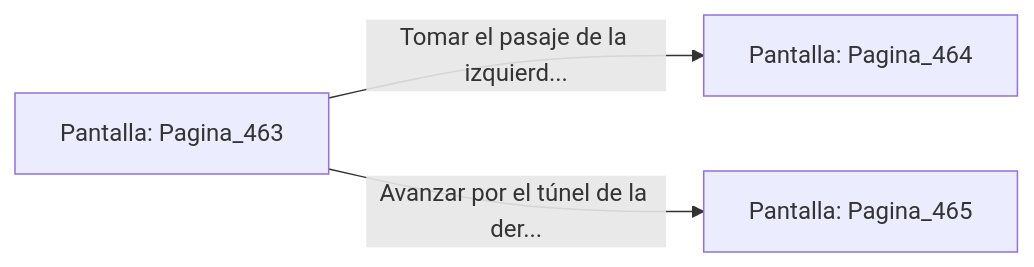
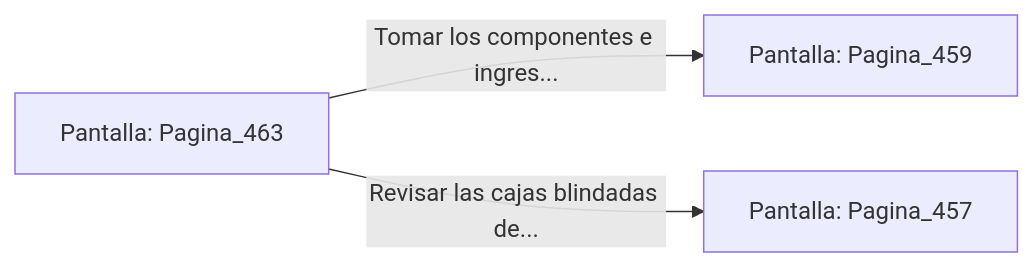
One commit to metsuke/mpl changed the diagram in sample/eligejuego-vault/Pantalla_Pagina_463.md. Above: the diagram before and after it, drawn with Mermaid. The commit also changed other lines of this file and 635 other files, not shown here.

First line of the commit message:
fix: añadir Pagina_1 como pantalla inicial en capitulo_01.mpl

````diff
--- a/sample/eligejuego-vault/Pantalla_Pagina_463.md
+++ b/sample/eligejuego-vault/Pantalla_Pagina_463.md
@@ -20,6 +24,6 @@
 ```mermaid
 graph LR
     P_Pagina_463["Pantalla: Pagina_463"]
-    P_Pagina_463 -->|"Tomar el pasaje de la izquierd..."| P_Pagina_464["Pantalla: Pagina_464"]
-    P_Pagina_463 -->|"Avanzar por el túnel de la der..."| P_Pagina_465["Pantalla: Pagina_465"]
+    P_Pagina_463 -->|"Tomar los componentes e ingres..."| P_Pagina_459["Pantalla: Pagina_459"]
+    P_Pagina_463 -->|"Revisar las cajas blindadas de..."| P_Pagina_457["Pantalla: Pagina_457"]
 ```
````
